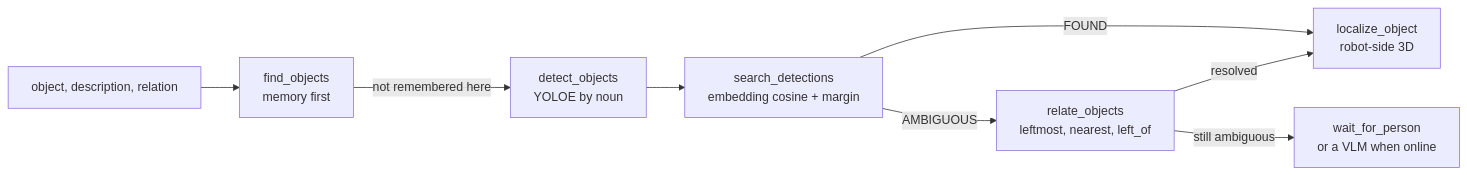
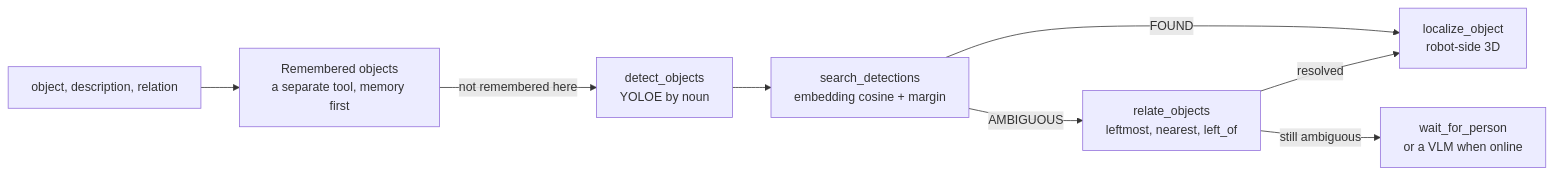
Before and after one commit to EIC-Robocup-2026/walkie-agent-ros: the fourth of 5 diagrams in docs/architecture/self-evolving-agent.md, drawn with Mermaid. The commit also changed other lines of this file, not shown here.

````diff
--- a/docs/architecture/self-evolving-agent.md
+++ b/docs/architecture/self-evolving-agent.md
@@ -328,10 +348,10 @@
 ```mermaid
 flowchart LR
-    Q["object, description, relation"] --> MEM["find_objects<br/>memory first"]
+    Q["object, description, relation"] --> MEM["Remembered objects<br/>a separate tool, memory first"]
     MEM -->|not remembered here| DET["detect_objects<br/>YOLOE by noun"]
     DET --> RANK["search_detections<br/>embedding cosine + margin"]
     RANK -->|FOUND| LOC["localize_object<br/>robot-side 3D"]
     RANK -->|AMBIGUOUS| REL["relate_objects<br/>leftmost, nearest, left_of"]
     REL -->|resolved| LOC
     REL -->|still ambiguous| ASK["wait_for_person<br/>or a VLM when online"]
 ```
````
